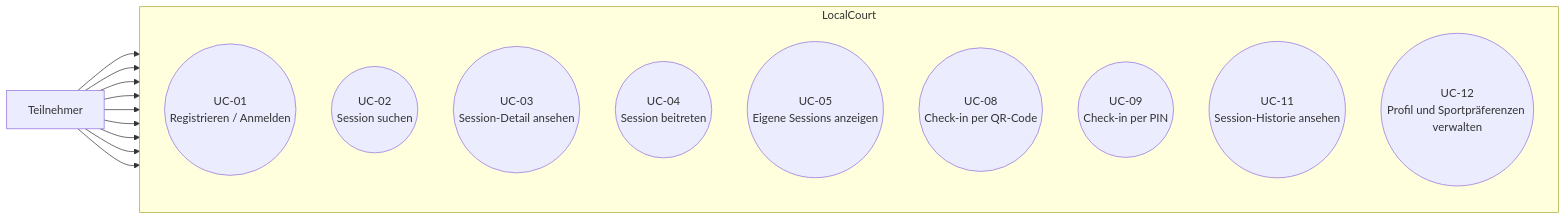
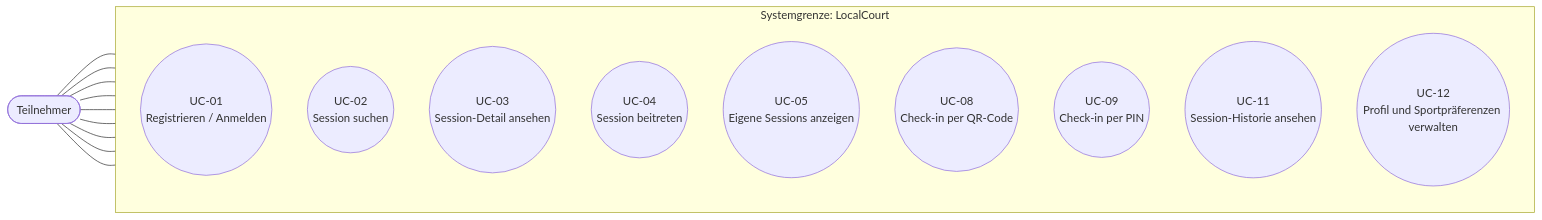
Before and after one commit to Finn5k/Wirtschaftsinformatik-Projekt-I: the first of 2 diagrams in docs/spec/F2-anwendungsfaelle.md, drawn with Mermaid. The commit also changed other lines of this file, not shown here.

Commit message:
docs(spec): refine F2 use case diagrams and references

````diff
--- a/docs/spec/F2-anwendungsfaelle.md
+++ b/docs/spec/F2-anwendungsfaelle.md
@@ -34,27 +34,27 @@
 ```mermaid
 flowchart LR
-    teilnehmer[Teilnehmer]
+    teilnehmer([Teilnehmer])
 
-    subgraph lc[LocalCourt]
+    subgraph lc["Systemgrenze: LocalCourt"]
         direction TB
-        uc01((UC-01\nRegistrieren / Anmelden))
-        uc02((UC-02\nSession suchen))
-        uc03((UC-03\nSession-Detail ansehen))
-        uc04((UC-04\nSession beitreten))
-        uc05((UC-05\nEigene Sessions anzeigen))
-        uc08((UC-08\nCheck-in per QR-Code))
-        uc09((UC-09\nCheck-in per PIN))
-        uc11((UC-11\nSession-Historie ansehen))
-        uc12((UC-12\nProfil und Sportpräferenzen verwalten))
+        uc01(("UC-01<br/>Registrieren / Anmelden"))
+        uc02(("UC-02<br/>Session suchen"))
+        uc03(("UC-03<br/>Session-Detail ansehen"))
+        uc04(("UC-04<br/>Session beitreten"))
+        uc05(("UC-05<br/>Eigene Sessions anzeigen"))
+        uc08(("UC-08<br/>Check-in per QR-Code"))
+        uc09(("UC-09<br/>Check-in per PIN"))
+        uc11(("UC-11<br/>Session-Historie ansehen"))
+        uc12(("UC-12<br/>Profil und Sportpräferenzen verwalten"))
     end
 
-    teilnehmer --> uc01
-    teilnehmer --> uc02
-    teilnehmer --> uc03
-    teilnehmer --> uc04
-    teilnehmer --> uc05
-    teilnehmer --> uc08
-    teilnehmer --> uc09
-    teilnehmer --> uc11
-    teilnehmer --> uc12
+    teilnehmer --- uc01
+    teilnehmer --- uc02
+    teilnehmer --- uc03
+    teilnehmer --- uc04
+    teilnehmer --- uc05
+    teilnehmer --- uc08
+    teilnehmer --- uc09
+    teilnehmer --- uc11
+    teilnehmer --- uc12
 ```
````
